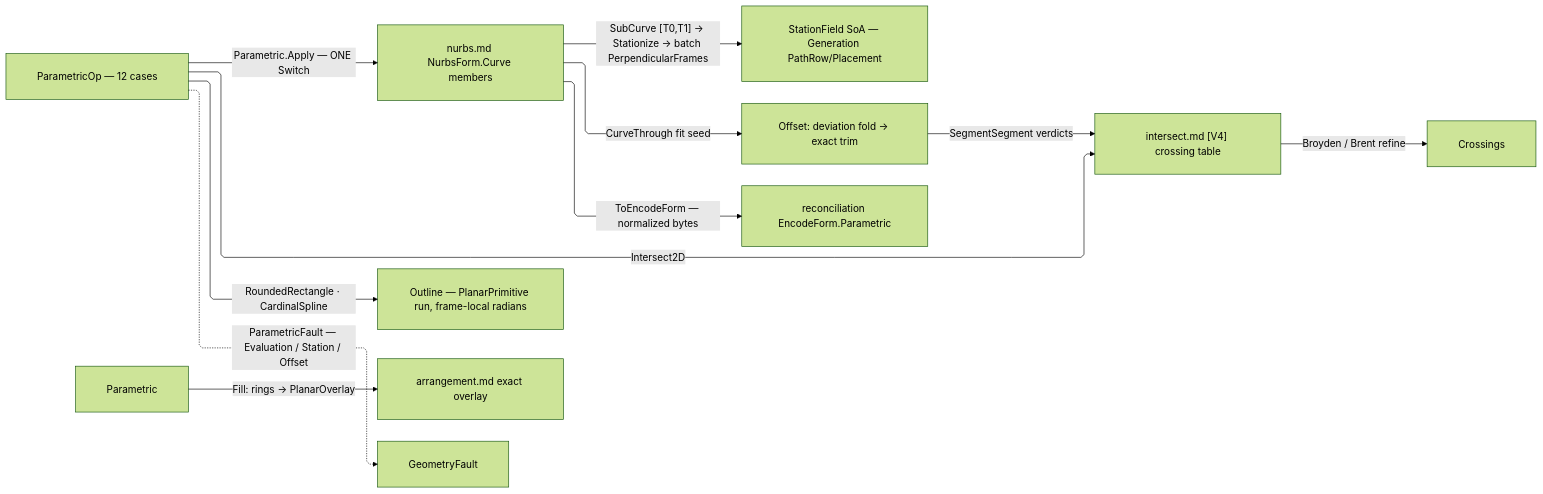
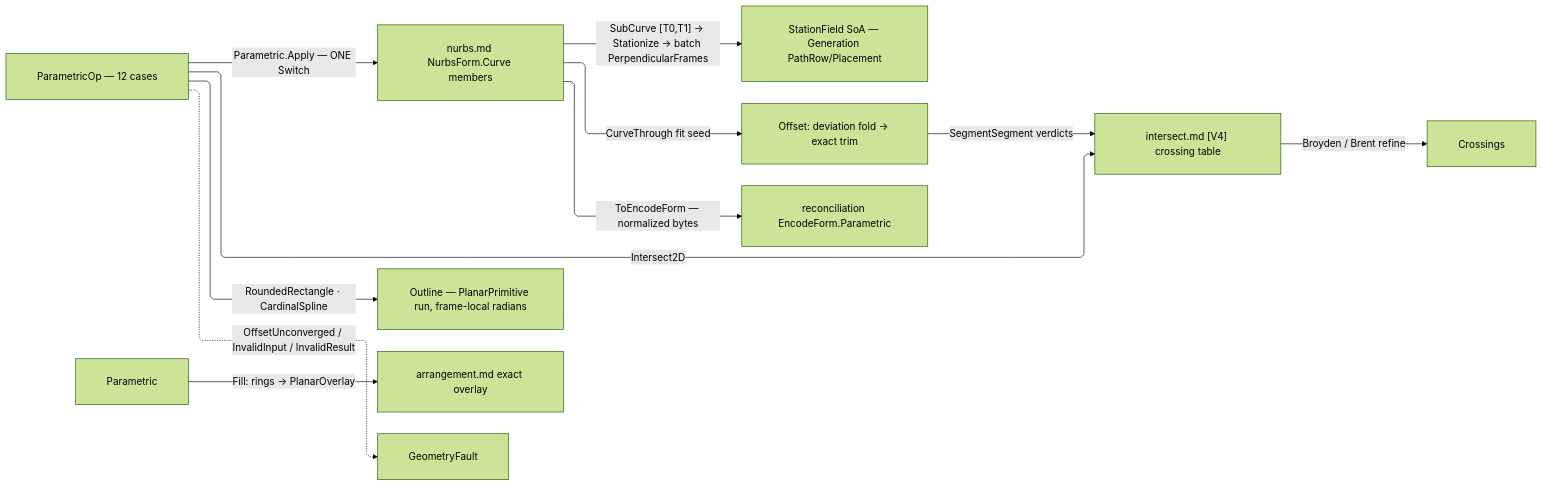
One commit to bsamiee/Rasm changed the diagram in libs/dotnet/Rasm/.planning/Parametric/curve.md. Above: the diagram before and after it, drawn with Mermaid (forest theme). The commit also changed other lines of this file and 99 other files, not shown here.

````diff
--- a/libs/dotnet/Rasm/.planning/Parametric/curve.md
+++ b/libs/dotnet/Rasm/.planning/Parametric/curve.md
@@ -319,22 +316,22 @@
 ```mermaid
 ---
 config:
   layout: elk
   flowchart:
     curve: linear
     padding: 25
 ---
 flowchart LR
     accTitle: Parametric curve dispatch
     accDescr: Curve operations compose the vendored engine, exact crossing table, arrangement owner, and identity projection.
     Op["ParametricOp — 12 cases"] -->|"Parametric.Apply — ONE Switch"| Engine["nurbs.md NurbsForm.Curve members"]
     Op -->|"RoundedRectangle · CardinalSpline"| Outline["Outline — PlanarPrimitive run, frame-local radians"]
     Engine -->|"SubCurve [T0,T1] → Stationize → batch PerpendicularFrames"| Wire["StationField SoA — Generation PathRow/Placement"]
     Engine -->|"CurveThrough fit seed"| Offset["Offset: deviation fold → exact trim"]
     Offset -->|"SegmentSegment verdicts"| Table["intersect.md [V4] crossing table"]
     Op -->|"Intersect2D"| Table
     Table -->|"Broyden / Brent refine"| Crossings
     Parametric -->|"Fill: rings → PlanarOverlay"| Arrangement["arrangement.md exact overlay"]
     Engine -->|"ToEncodeForm — normalized bytes"| Identity["reconciliation EncodeForm.Parametric"]
-    Op -.->|"ParametricFault — Evaluation / Station / Offset"| GeometryFault
+    Op -.->|"OffsetUnconverged / InvalidInput / InvalidResult"| GeometryFault
 ```
````
